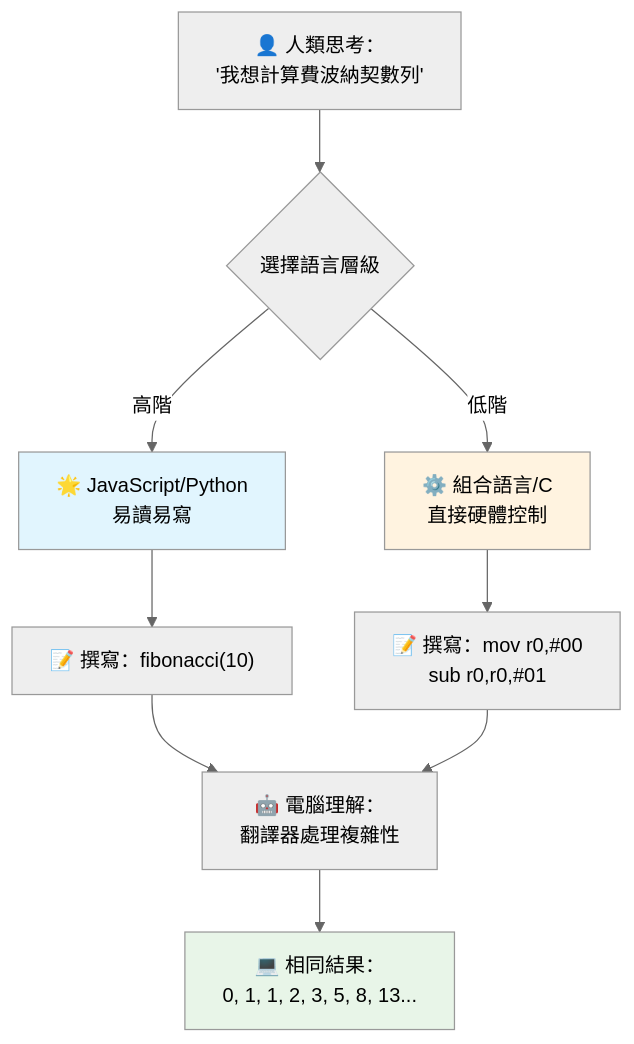
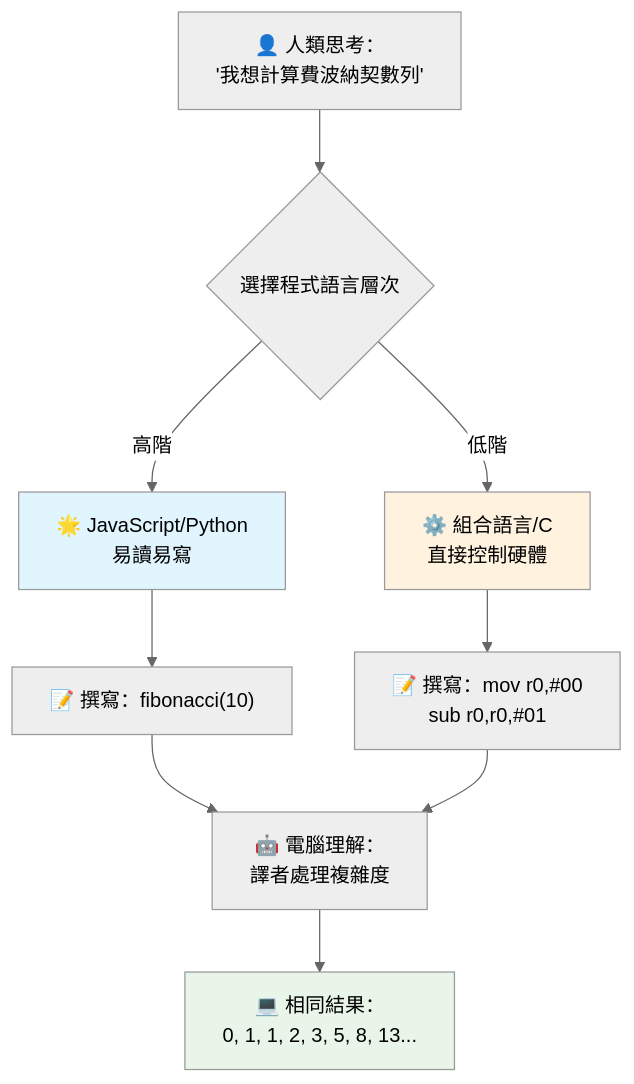
Before and after one commit to microsoft/Web-Dev-For-Beginners: the third of 7 diagrams in translations/zh-HK/1-getting-started-lessons/1-intro-to-programming-languages/README.md, drawn with Mermaid (neutral theme). The commit also changed other lines of this file and 11 other files, not shown here.

````diff
--- a/translations/zh-HK/1-getting-started-lessons/1-intro-to-programming-languages/README.md
+++ b/translations/zh-HK/1-getting-started-lessons/1-intro-to-programming-languages/README.md
@@ -148,19 +148,19 @@
 ```mermaid
 flowchart TB
-    A["👤 人類思考：<br/>'我想計算費波納契數列'"] --> B{選擇語言層級}
+    A["👤 人類思考：<br/>'我想計算費波納契數列'"] --> B{選擇程式語言層次}
     
     B -->|高階| C["🌟 JavaScript/Python<br/>易讀易寫"]
-    B -->|低階| D["⚙️ 組合語言/C<br/>直接硬體控制"]
+    B -->|低階| D["⚙️ 組合語言/C<br/>直接控制硬體"]
     
     C --> E["📝 撰寫：fibonacci(10)"]
     D --> F["📝 撰寫：mov r0,#00<br/>sub r0,r0,#01"]
     
-    E --> G["🤖 電腦理解：<br/>翻譯器處理複雜性"]
+    E --> G["🤖 電腦理解：<br/>譯者處理複雜度"]
     F --> G
     
     G --> H["💻 相同結果：<br/>0, 1, 1, 2, 3, 5, 8, 13..."]
     
     style C fill:#e1f5fe
     style D fill:#fff3e0
     style H fill:#e8f5e8
 ```
````
